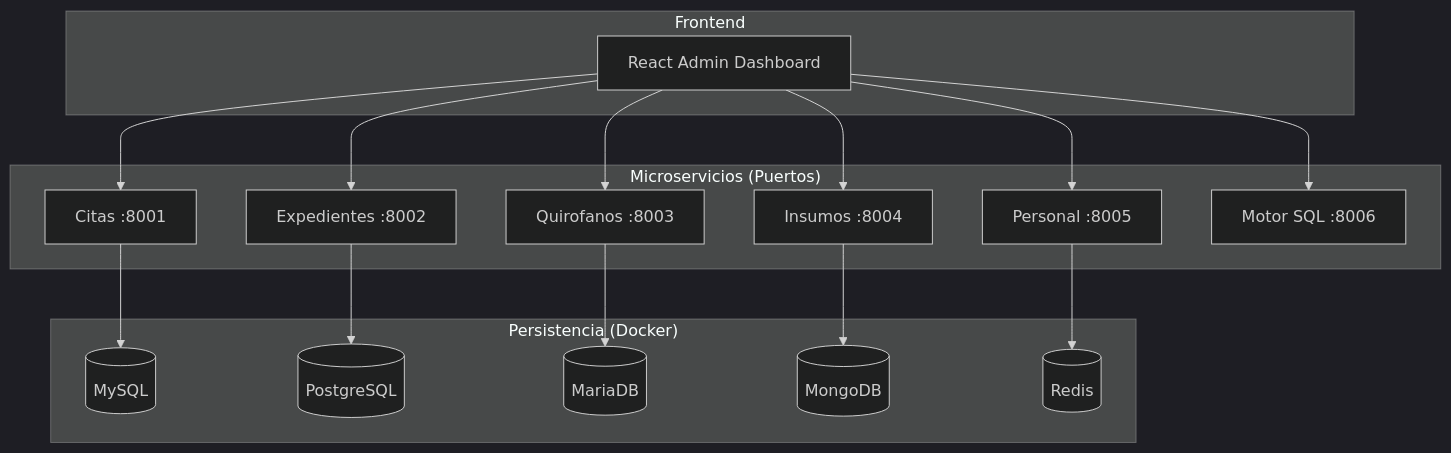
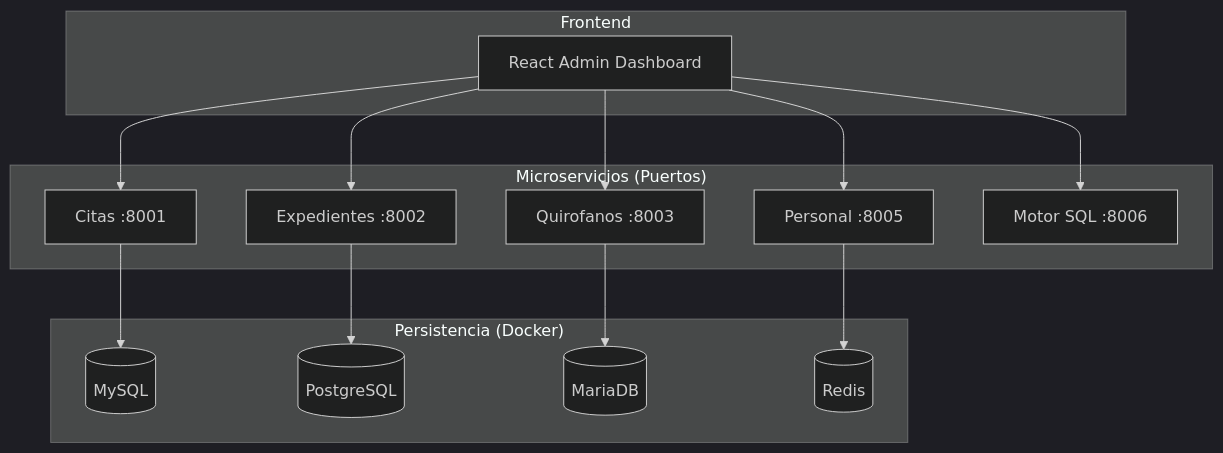
The diagram in Readme.md (ProtoFurOwO/proyectohospital), drawn with Mermaid (dark theme) before and after one commit. The commit also changed other lines of this file and 16 other files, not shown here.

````diff
--- a/Readme.md
+++ b/Readme.md
@@ -24,30 +24,28 @@
 ```mermaid
 graph TD
     subgraph Frontend
         A[React Admin Dashboard]
     end
 
     subgraph "Microservicios (Puertos)"
         S1[Citas :8001]
         S2[Expedientes :8002]
         S3[Quirofanos :8003]
-        S4[Insumos :8004]
         S5[Personal :8005]
         S6[Motor SQL :8006]
     end
 
     subgraph "Persistencia (Docker)"
         D1[(MySQL)]
         D2[(PostgreSQL)]
         D3[(MariaDB)]
-        D4[(MongoDB)]
         D5[(Redis)]
     end
 
-    A --> S1 & S2 & S3 & S4 & S5 & S6
+    A --> S1 & S2 & S3 & S5 & S6
     S1 --> D1
     S2 --> D2
     S3 --> D3
-    S4 --> D4
+
     S5 --> D5
 ```
````
